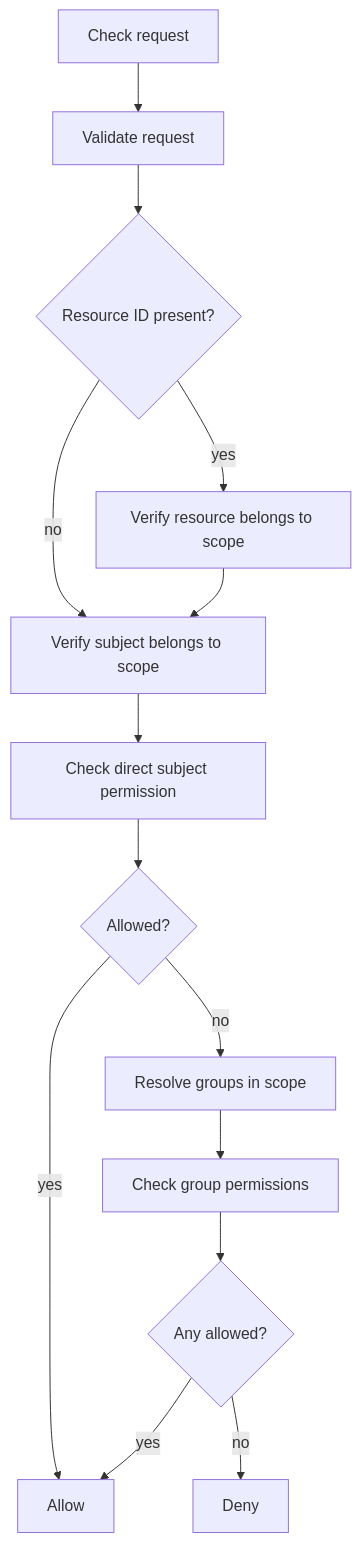
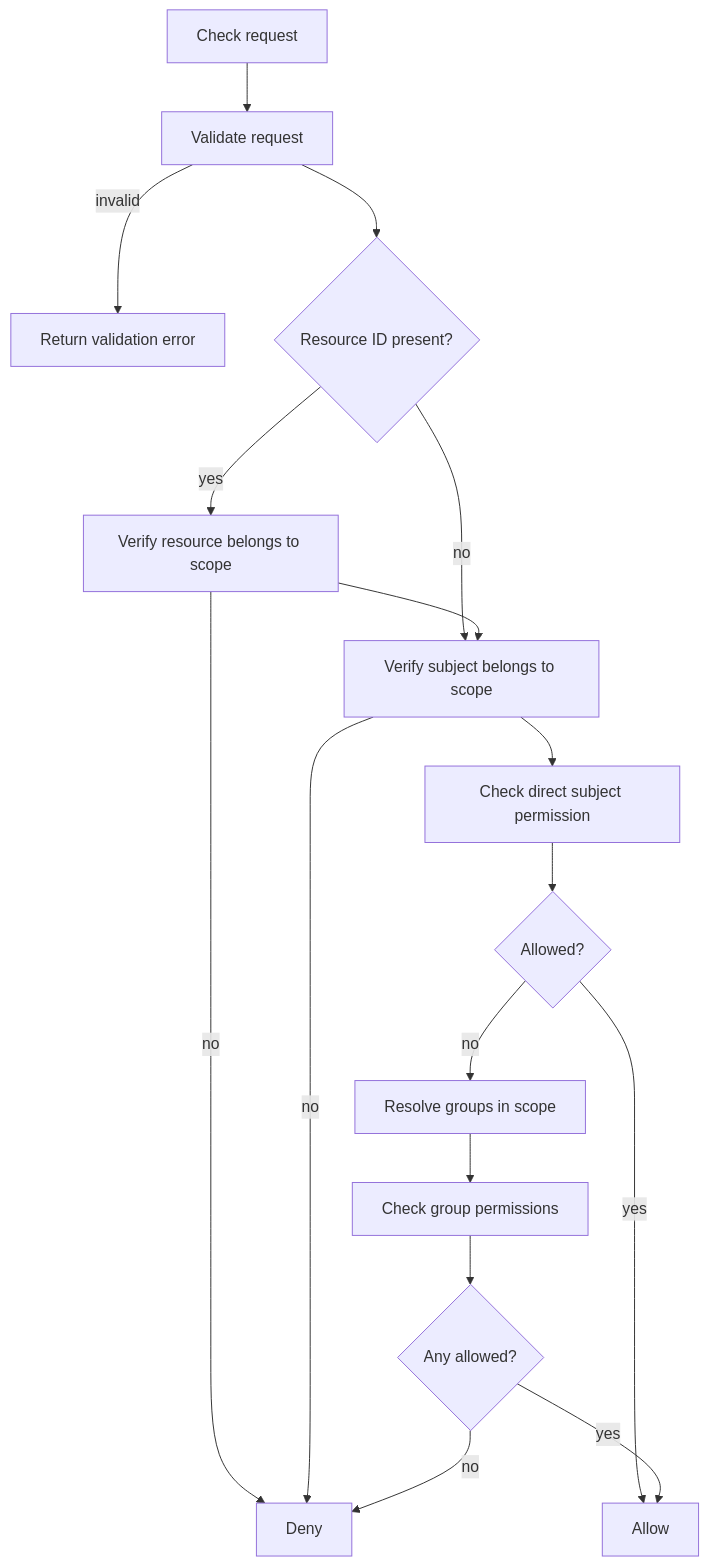
One commit to rluders/canery changed the second of 2 diagrams in README.md. Above: the diagram before and after it, drawn with Mermaid. The commit also changed other lines of this file and 1 other file, not shown here.

````diff
--- a/README.md
+++ b/README.md
@@ -221,16 +238,19 @@
 ```mermaid
 flowchart TD
   A[Check request] --> B[Validate request]
+  B -->|invalid| X[Return validation error]
   B --> C{Resource ID present?}
   C -- yes --> D[Verify resource belongs to scope]
+  D -- no --> L[Deny]
   C -- no --> E[Verify subject belongs to scope]
   D --> E
+  E -- no --> L
   E --> F[Check direct subject permission]
   F --> G{Allowed?}
   G -- yes --> H[Allow]
   G -- no --> I[Resolve groups in scope]
   I --> J[Check group permissions]
   J --> K{Any allowed?}
   K -- yes --> H
   K -- no --> L[Deny]
 ```
````
